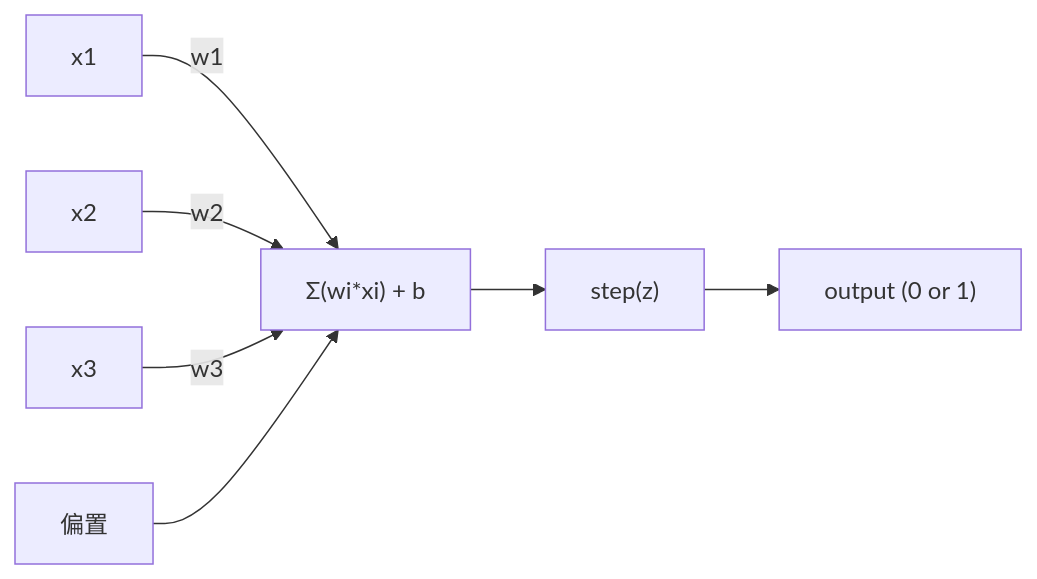
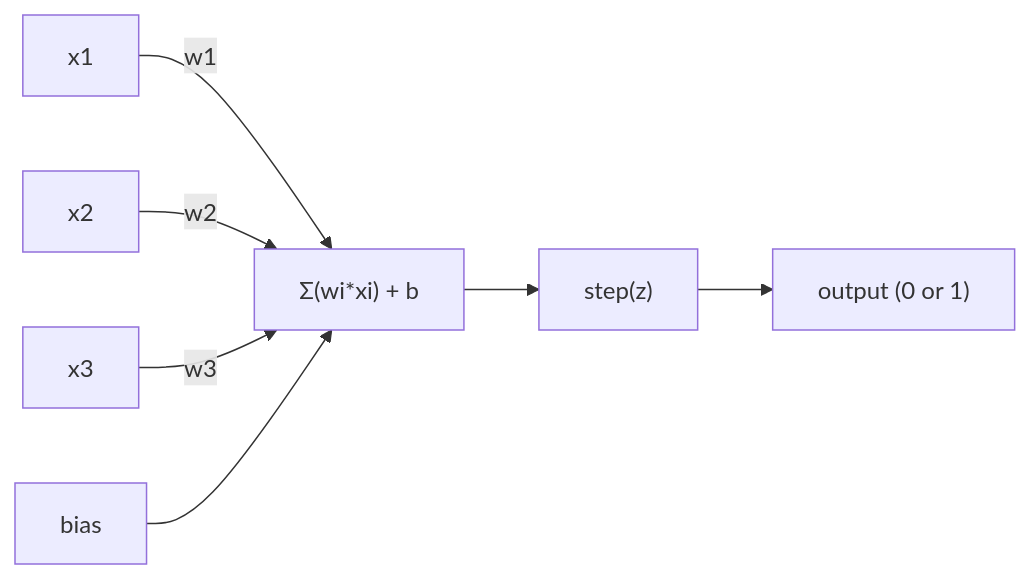
One commit to arwei944/ai-engineering-from-scratch changed the first of 2 diagrams in phases/03-deep-learning-core/01-the-perceptron/docs/zh.md. Above: the diagram before and after it, drawn with Mermaid. The commit also changed other lines of this file and 65 other files, not shown here.

````diff
--- a/phases/03-deep-learning-core/01-the-perceptron/docs/zh.md
+++ b/phases/03-deep-learning-core/01-the-perceptron/docs/zh.md
@@ -31,9 +31,9 @@
 ```mermaid
 graph LR
     x1["x1"] -- "w1" --> sum["Σ(wi*xi) + b"]
     x2["x2"] -- "w2" --> sum
     x3["x3"] -- "w3" --> sum
-    偏置["偏置"] --> sum
+    bias["bias"] --> sum
     sum --> step["step(z)"]
     step --> out["output (0 or 1)"]
 ```
````
